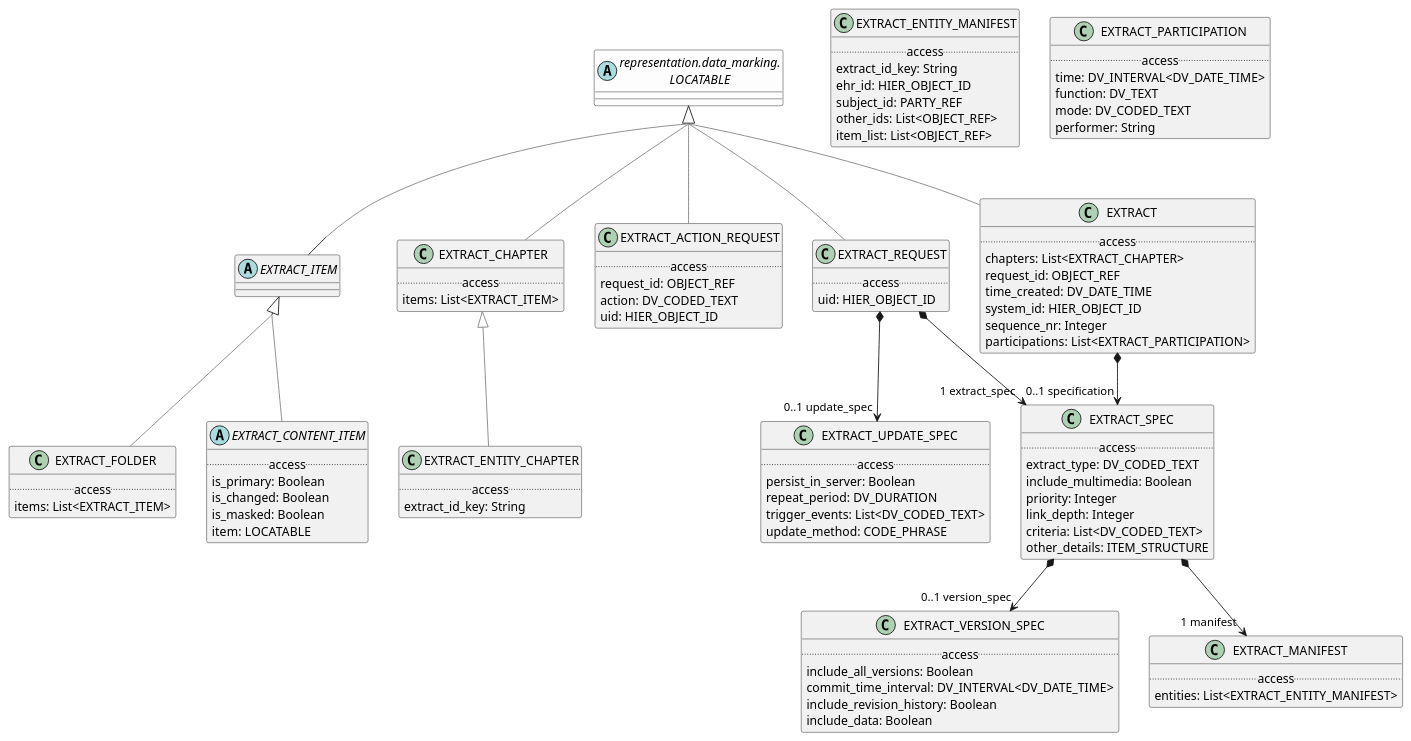
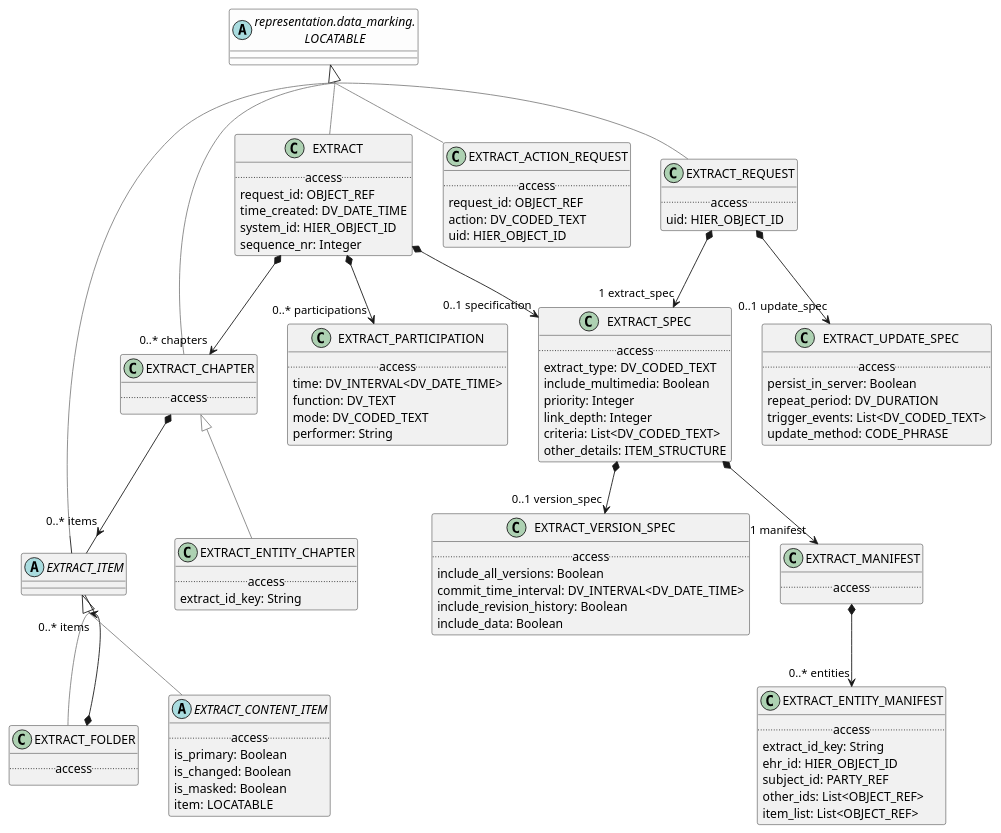
The diagram in modules/ROOT/examples/bmm/domain-healthcare/ehr_extract/common/common-package-uml.adoc (wolandscat/openehr-doc), drawn with PlantUML before and after one commit. The commit also changed 26 other files, not shown here.

```diff
--- a/modules/ROOT/examples/bmm/domain-healthcare/ehr_extract/common/common-package-uml.adoc
+++ b/modules/ROOT/examples/bmm/domain-healthcare/ehr_extract/common/common-package-uml.adoc
@@ -61,17 +61,19 @@
 
 class EXTRACT_CHAPTER [[/openehr-doc/latest/domain-healthcare/ehr_extract-gen.html#_class_extract_chapter]] {
         .. access ..
-        items: List<EXTRACT_ITEM>
 }
 
 EXTRACT_CHAPTER -[#gray]up-|> LOCATABLE  
 
 
+EXTRACT_CHAPTER *--> "0..* items" EXTRACT_ITEM
+
 class EXTRACT_MANIFEST [[/openehr-doc/latest/domain-healthcare/ehr_extract-gen.html#_class_extract_manifest]] {
         .. access ..
-        entities: List<EXTRACT_ENTITY_MANIFEST>
 }
 
+
+EXTRACT_MANIFEST *--> "0..* entities" EXTRACT_ENTITY_MANIFEST
 
 class EXTRACT_REQUEST [[/openehr-doc/latest/domain-healthcare/ehr_extract-gen.html#_class_extract_request]] {
         .. access ..
@@ -87,26 +89,29 @@
 
 class EXTRACT [[/openehr-doc/latest/domain-healthcare/ehr_extract-gen.html#_class_extract]] {
         .. access ..
-        chapters: List<EXTRACT_CHAPTER>
         request_id: OBJECT_REF
         time_created: DV_DATE_TIME
         system_id: HIER_OBJECT_ID
         sequence_nr: Integer
-        participations: List<EXTRACT_PARTICIPATION>
 }
 
 EXTRACT -[#gray]up-|> LOCATABLE  
 
 
+EXTRACT *--> "0..* chapters" EXTRACT_CHAPTER
+
 EXTRACT *--> "0..1 specification" EXTRACT_SPEC
+
+EXTRACT *--> "0..* participations" EXTRACT_PARTICIPATION
 
 class EXTRACT_FOLDER [[/openehr-doc/latest/domain-healthcare/ehr_extract-gen.html#_class_extract_folder]] {
         .. access ..
-        items: List<EXTRACT_ITEM>
 }
 
 EXTRACT_FOLDER -[#gray]up-|> EXTRACT_ITEM  
 
+
+EXTRACT_FOLDER *--> "0..* items" EXTRACT_ITEM
 
 class EXTRACT_ENTITY_CHAPTER [[/openehr-doc/latest/domain-healthcare/ehr_extract-gen.html#_class_extract_entity_chapter]] {
         .. access ..
```
